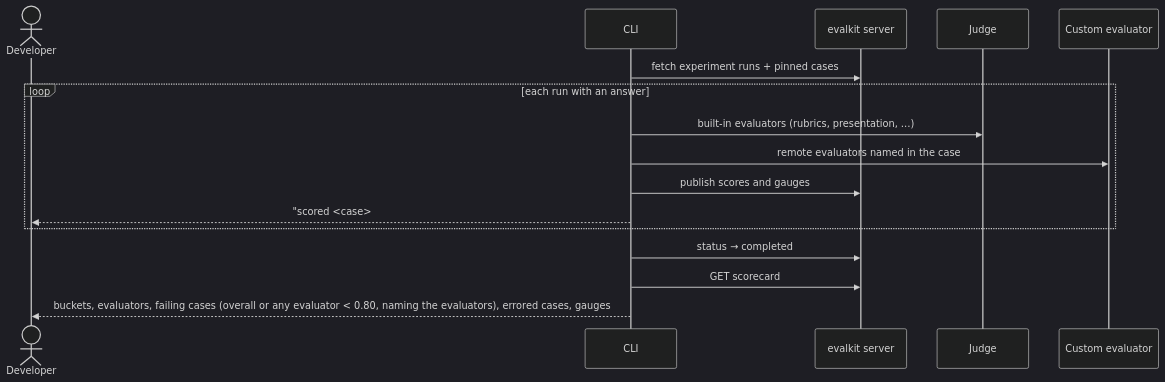
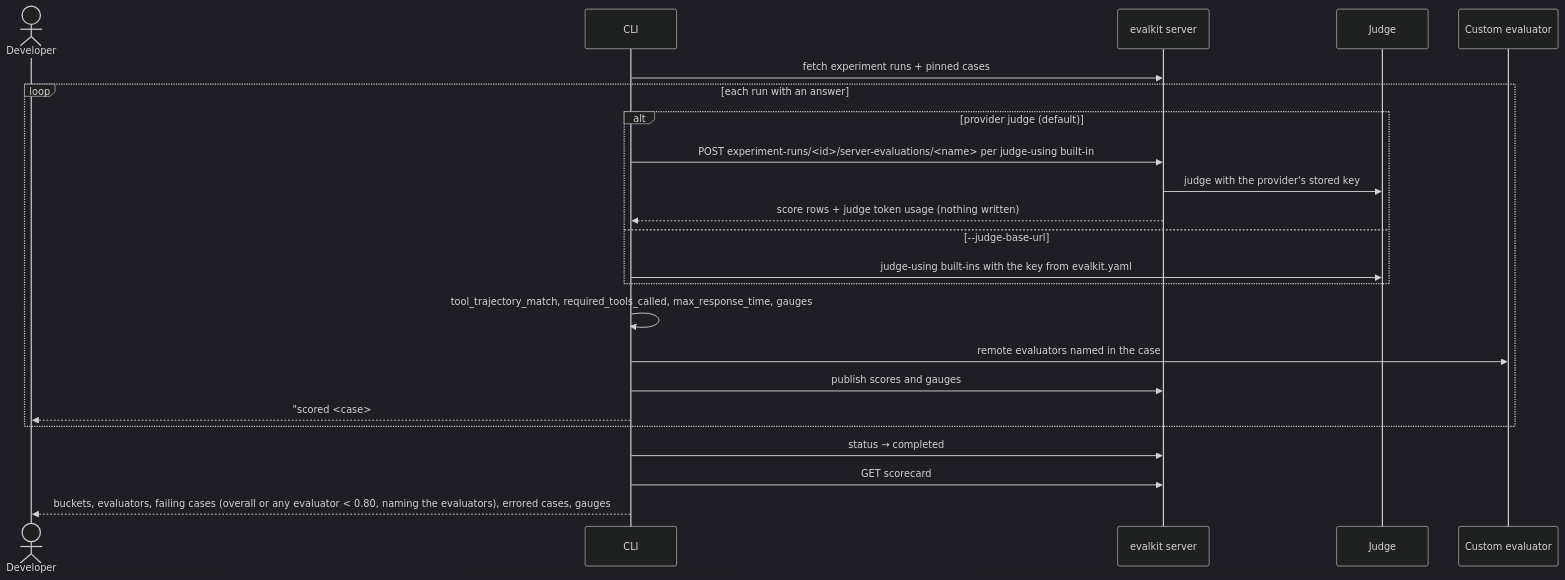
Before and after one commit to inferedge-ai/evalkit: the second of 3 diagrams in docs/flows/07-local-harness-run.md, drawn with Mermaid (dark theme). The commit also changed other lines of this file and 17 other files, not shown here.

Commit message:
Docs, skills, flows and changelog: server judge by default, bring your own key

````diff
--- a/docs/flows/07-local-harness-run.md
+++ b/docs/flows/07-local-harness-run.md
@@ -52,19 +52,26 @@
 ```mermaid
 sequenceDiagram
   actor Dev as Developer
   participant CLI
   participant S as evalkit server
   participant J as Judge
   participant E as Custom evaluator
 
   CLI->>S: fetch experiment runs + pinned cases
   loop each run with an answer
-    CLI->>J: built-in evaluators (rubrics, presentation, …)
+    alt provider judge (default)
+      CLI->>S: POST experiment-runs/#lt;id#gt;/server-evaluations/#lt;name#gt; per judge-using built-in
+      S->>J: judge with the provider's stored key
+      S-->>CLI: score rows + judge token usage (nothing written)
+    else --judge-base-url
+      CLI->>J: judge-using built-ins with the key from evalkit.yaml
+    end
+    CLI->>CLI: tool_trajectory_match, required_tools_called, max_response_time, gauges
     CLI->>E: remote evaluators named in the case
     CLI->>S: publish scores and gauges
     CLI-->>Dev: "scored #lt;case#gt; ##lt;rep#gt; (#lt;n#gt; rows)"
   end
   CLI->>S: status → completed
   CLI->>S: GET scorecard
   CLI-->>Dev: buckets, evaluators, failing cases (overall or any evaluator < 0.80, naming the evaluators), errored cases, gauges
 ```
````
